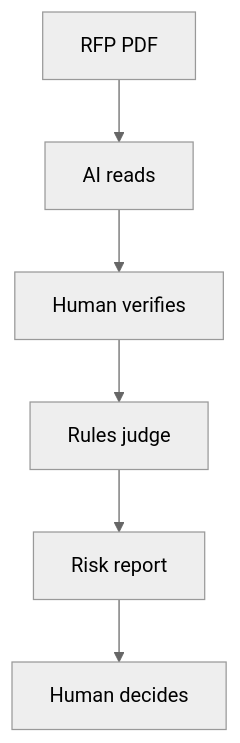
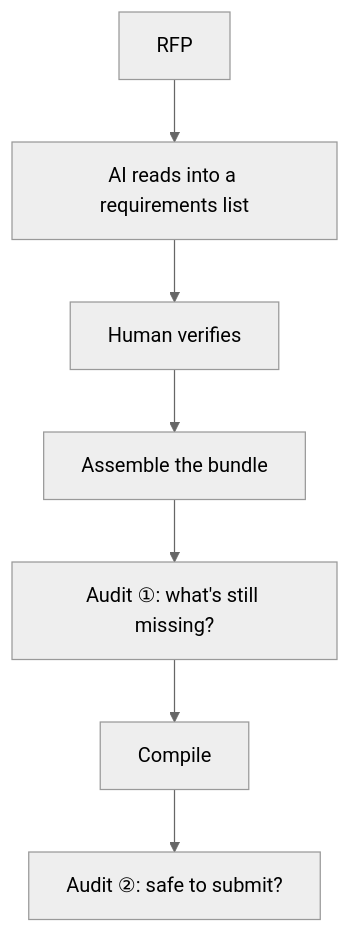
One commit to ajal2/tender-copilot changed the diagram in README.md. Above: the diagram before and after it, drawn with Mermaid (neutral theme). The commit also changed other lines of this file and 10 other files, not shown here.

First line of the commit message:
Reframe the output around one question: is this bid safe to submit?

````diff
--- a/README.md
+++ b/README.md
@@ -68,8 +68,9 @@
 ```mermaid
 flowchart TB
-    A[RFP PDF] --> B[AI reads]
+    A[RFP] --> B[AI reads into a requirements list]
     B --> C[Human verifies]
-    C --> D[Rules judge]
-    D --> E[Risk report]
-    E --> F[Human decides]
+    C --> D[Assemble the bundle]
+    D --> E[Audit ①: what's still missing?]
+    E --> F[Compile]
+    F --> G[Audit ②: safe to submit?]
 ```
````
